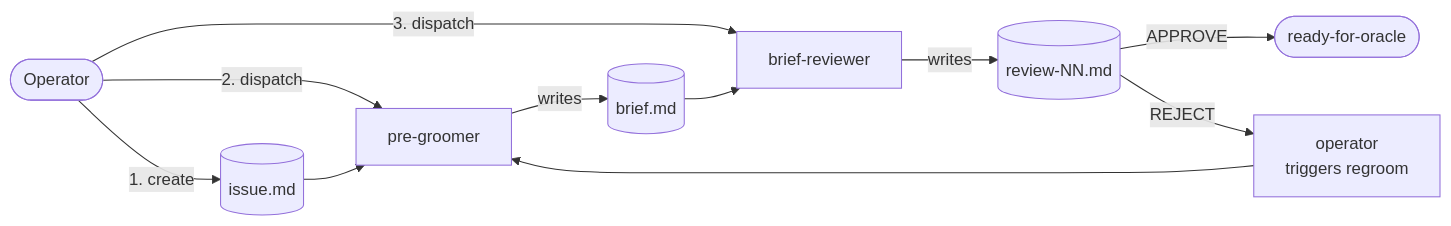
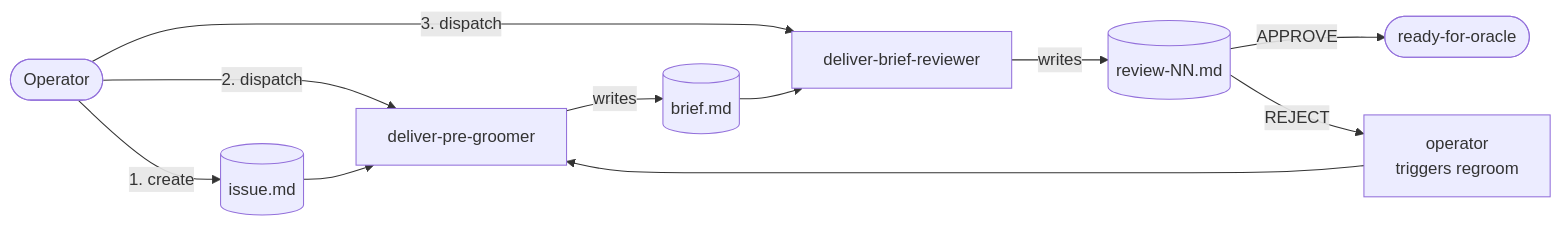
One commit to Calibrax-ai/autoship changed the fifth of 5 diagrams in docs/architecture/deliver-architecture.md. Above: the diagram before and after it, drawn with Mermaid. The commit also changed other lines of this file and 45 other files, not shown here.

````diff
--- a/docs/architecture/deliver-architecture.md
+++ b/docs/architecture/deliver-architecture.md
@@ -723,13 +723,13 @@
 ```mermaid
 flowchart LR
     Op([Operator]) -->|1. create| Iss[(issue.md)]
-    Op -->|2. dispatch| PG[pre-groomer]
+    Op -->|2. dispatch| PG[deliver-pre-groomer]
     Iss --> PG
     PG -->|writes| Brief[(brief.md)]
-    Op -->|3. dispatch| BR[brief-reviewer]
+    Op -->|3. dispatch| BR[deliver-brief-reviewer]
     Brief --> BR
     BR -->|writes| Rev[(review-NN.md)]
     Rev -->|APPROVE| Done([ready-for-oracle])
     Rev -->|REJECT| Regroom[operator<br/>triggers regroom]
     Regroom --> PG
 ```
````
